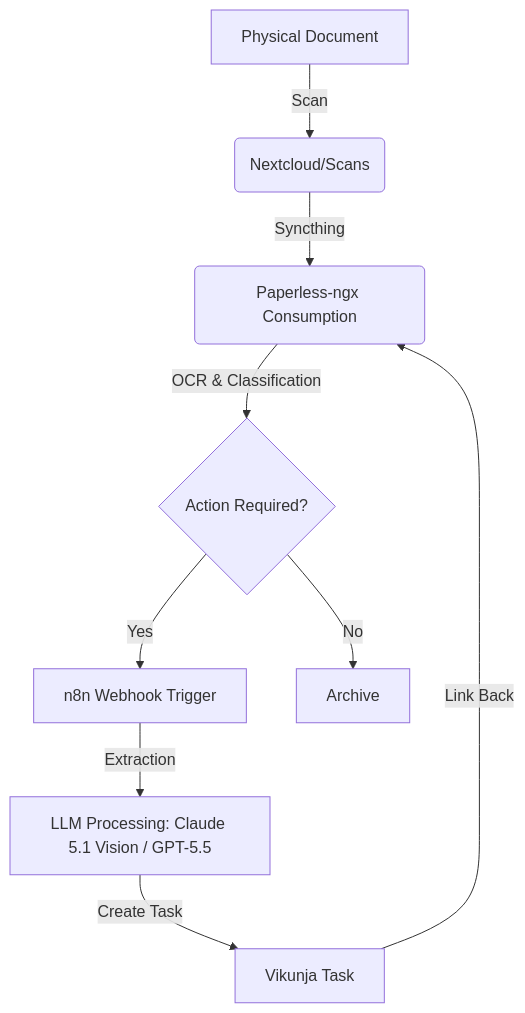
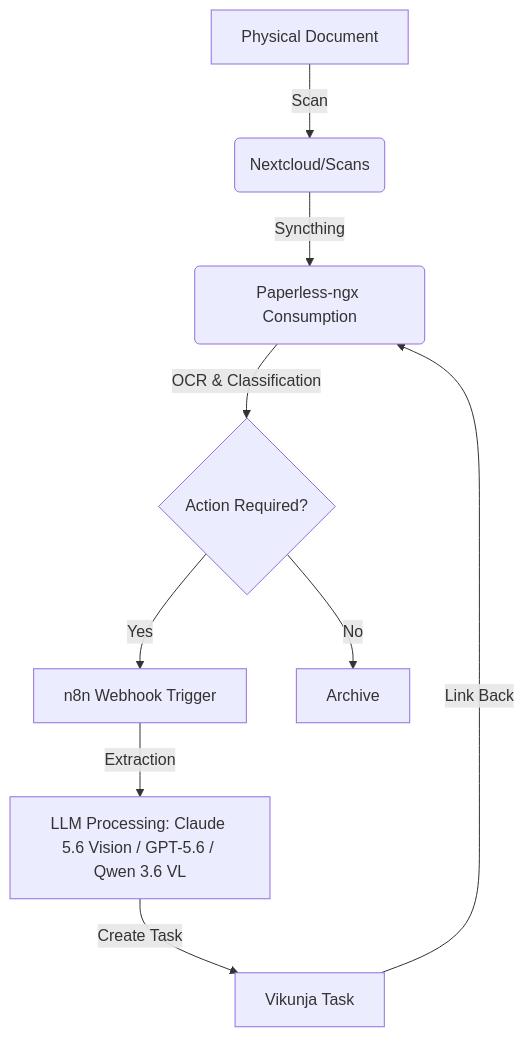
One commit to joanmarcriera/Home-office-automations changed the diagram in docs/playbooks/scan-to-task.md. Above: the diagram before and after it, drawn with Mermaid. The commit also changed other lines of this file and 5 other files, not shown here.

````diff
--- a/docs/playbooks/scan-to-task.md
+++ b/docs/playbooks/scan-to-task.md
@@ -48,11 +48,11 @@
 ```mermaid
 flowchart TD
     A[Physical Document] -->|Scan| B(Nextcloud/Scans)
     B -->|Syncthing| C(Paperless-ngx Consumption)
     C -->|OCR & Classification| D{Action Required?}
     D -- Yes --> E[n8n Webhook Trigger]
     D -- No --> F[Archive]
-    E -->|Extraction| G[LLM Processing: Claude 5.1 Vision / GPT-5.5]
+    E -->|Extraction| G[LLM Processing: Claude 5.6 Vision / GPT-5.6 / Qwen 3.6 VL]
     G -->|Create Task| H[Vikunja Task]
     H -->|Link Back| C
 ```
````
